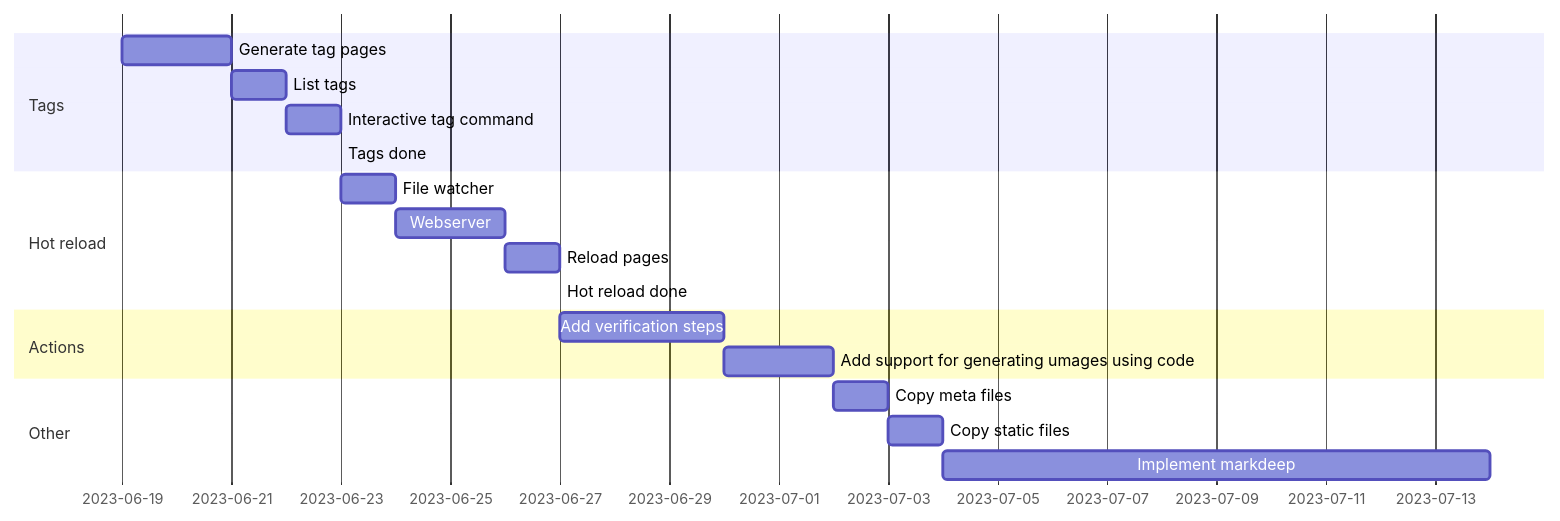
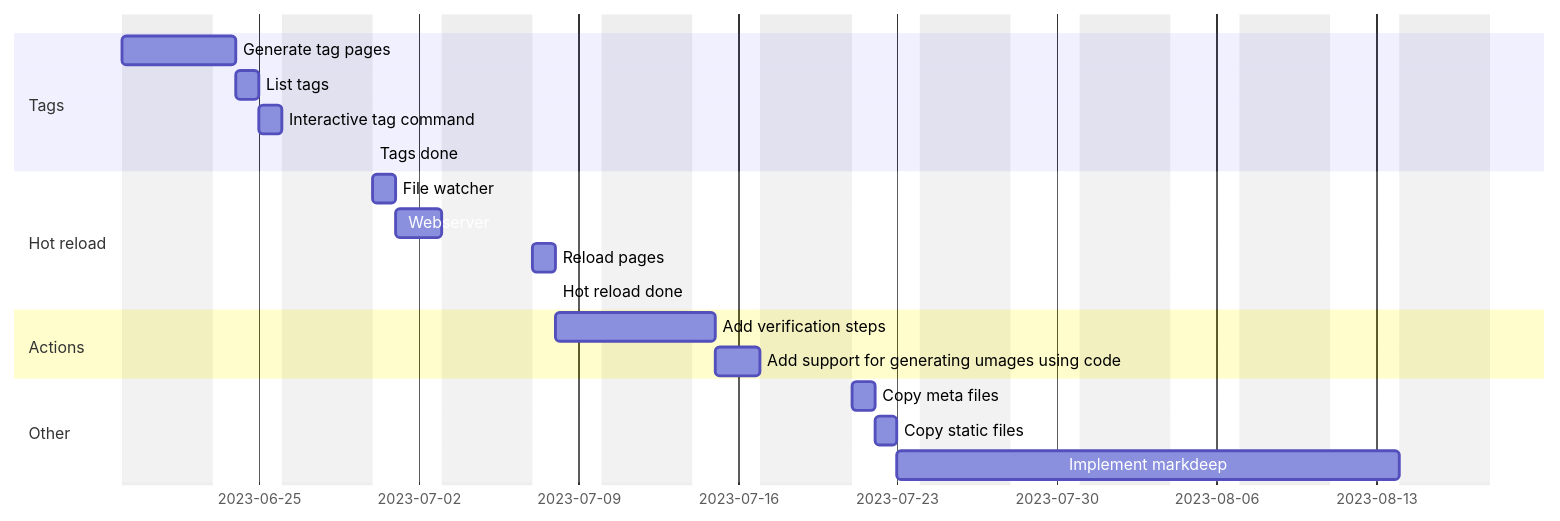
One commit to madeso/blaggen changed the diagram in readme.md. Above: the diagram before and after it, drawn with Mermaid.

Commit message:
Also include a basic "only weekends and evenings"

````diff
--- a/readme.md
+++ b/readme.md
@@ -43,27 +43,28 @@
 ```mermaid
 gantt
     dateFormat  YYYY-MM-DD
     section Plan
+    excludes monday, tuesday, wednesday, thursday
 
     section Tags
     Generate tag pages: tag_pages, 2023-06-19, 2d
     List tags: list_tags, after tag_pages, 1d
     Interactive tag command: tag_command, after list_tags, 1d
     Tags done: tags_done, after tag_command, 0h
 
     section Hot reload
     File watcher: file_watcher, after tags_done, 1d
     Webserver: webserver, after file_watcher, 2d
     Reload pages: reload_pages, after webserver, 1d
     Hot reload done: hotreload_done, after reload_pages, 0d
     
     section Actions
     Add verification steps: action_verify, after hotreload_done, 3d
     Add support for generating umages using code: action_image, after action_verify, 2d
 
     section Other
     Copy meta files: copy_meta, after action_image, 1d
     Copy static files: copy_static, after copy_meta, 1d
 
     Implement markdeep: after copy_static, 10d
 ```
````
